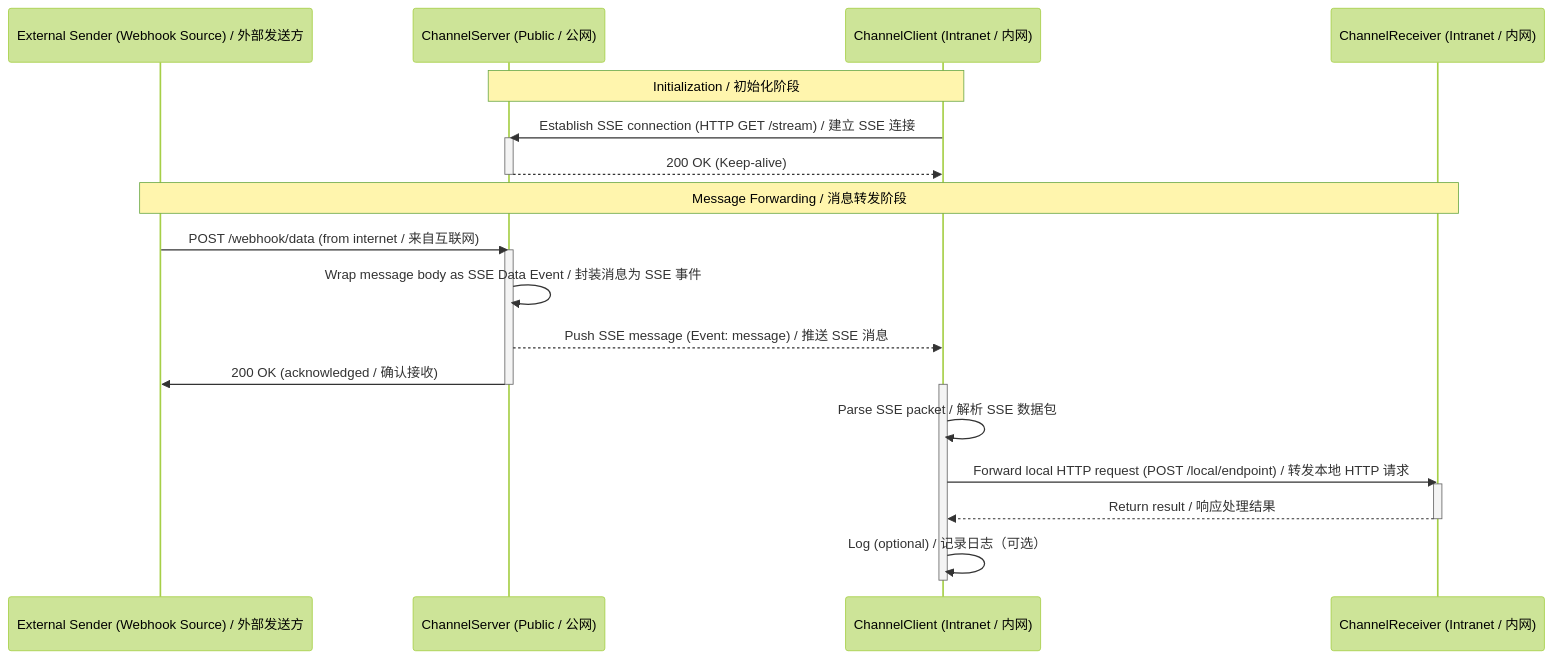
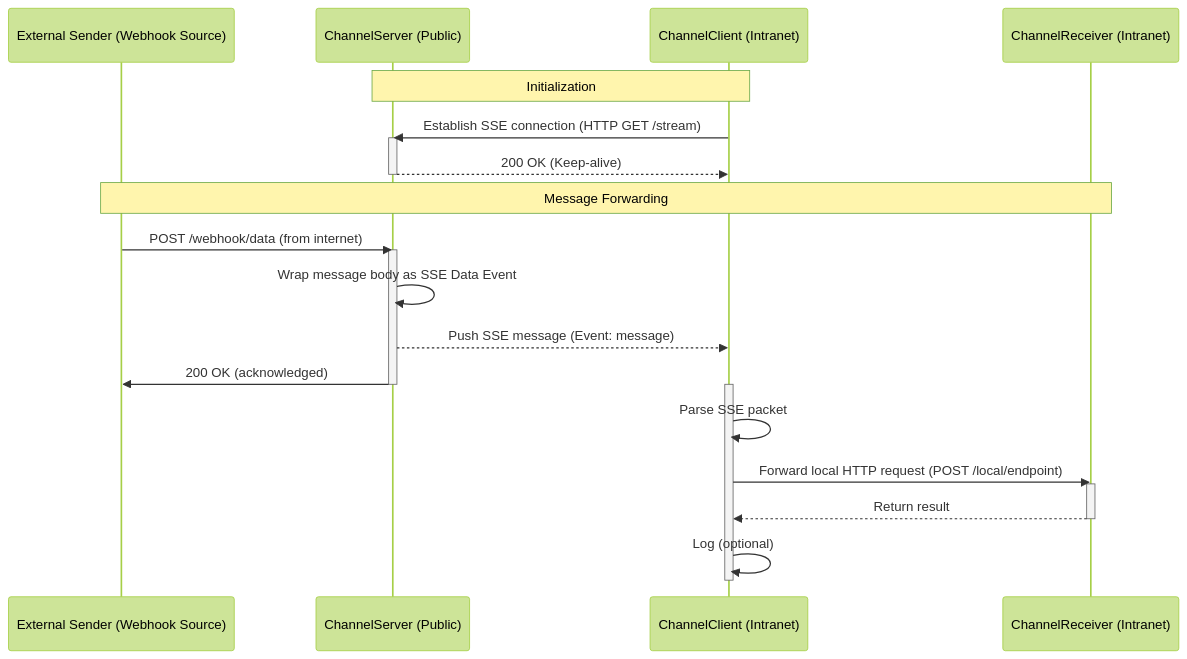
Before and after one commit to liuxuejin008/linkedbot: the fourth of 4 diagrams in PRD.md, drawn with Mermaid (forest theme). The commit also changed other lines of this file and 6 other files, not shown here.

````diff
--- a/PRD.md
+++ b/PRD.md
@@ -178,30 +165,30 @@
 ```mermaid
 sequenceDiagram
-    participant Web as External Sender (Webhook Source) / 外部发送方
-    participant CS as ChannelServer (Public / 公网)
-    participant CC as ChannelClient (Intranet / 内网)
-    participant CR as ChannelReceiver (Intranet / 内网)
+    participant Web as External Sender (Webhook Source)
+    participant CS as ChannelServer (Public)
+    participant CC as ChannelClient (Intranet)
+    participant CR as ChannelReceiver (Intranet)
 
-    Note over CC, CS: Initialization / 初始化阶段
-    CC->>CS: Establish SSE connection (HTTP GET /stream) / 建立 SSE 连接
+    Note over CC, CS: Initialization
+    CC->>CS: Establish SSE connection (HTTP GET /stream)
     activate CS
     CS-->>CC: 200 OK (Keep-alive)
     deactivate CS
 
-    Note over Web, CR: Message Forwarding / 消息转发阶段
-    Web->>CS: POST /webhook/data (from internet / 来自互联网)
+    Note over Web, CR: Message Forwarding
+    Web->>CS: POST /webhook/data (from internet)
     activate CS
-    CS->>CS: Wrap message body as SSE Data Event / 封装消息为 SSE 事件
-    CS-->>CC: Push SSE message (Event: message) / 推送 SSE 消息
-    CS->>Web: 200 OK (acknowledged / 确认接收)
+    CS->>CS: Wrap message body as SSE Data Event
+    CS-->>CC: Push SSE message (Event: message)
+    CS->>Web: 200 OK (acknowledged)
     deactivate CS
 
     activate CC
-    CC->>CC: Parse SSE packet / 解析 SSE 数据包
-    CC->>CR: Forward local HTTP request (POST /local/endpoint) / 转发本地 HTTP 请求
+    CC->>CC: Parse SSE packet
+    CC->>CR: Forward local HTTP request (POST /local/endpoint)
     activate CR
-    CR-->>CC: Return result / 响应处理结果
+    CR-->>CC: Return result
     deactivate CR
-    CC->>CC: Log (optional) / 记录日志（可选）
+    CC->>CC: Log (optional)
     deactivate CC
 ```
````
